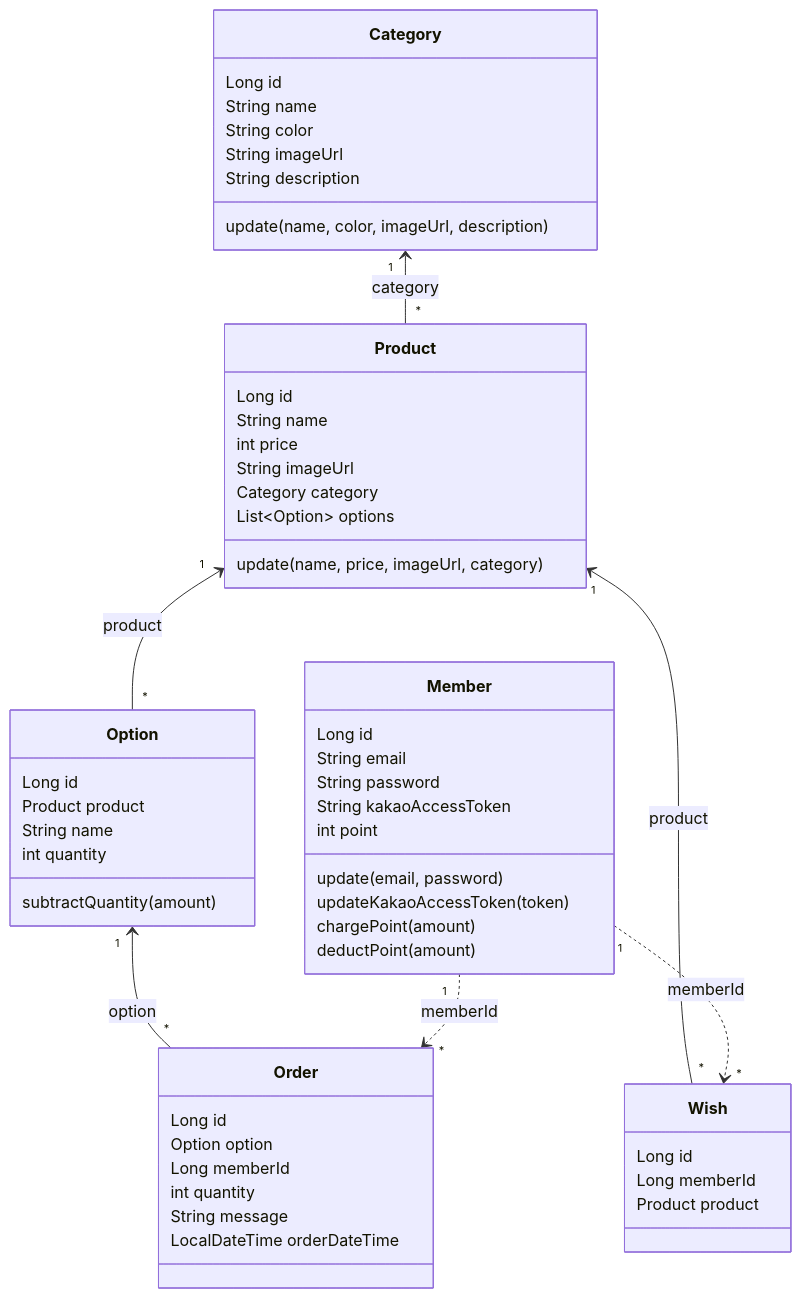
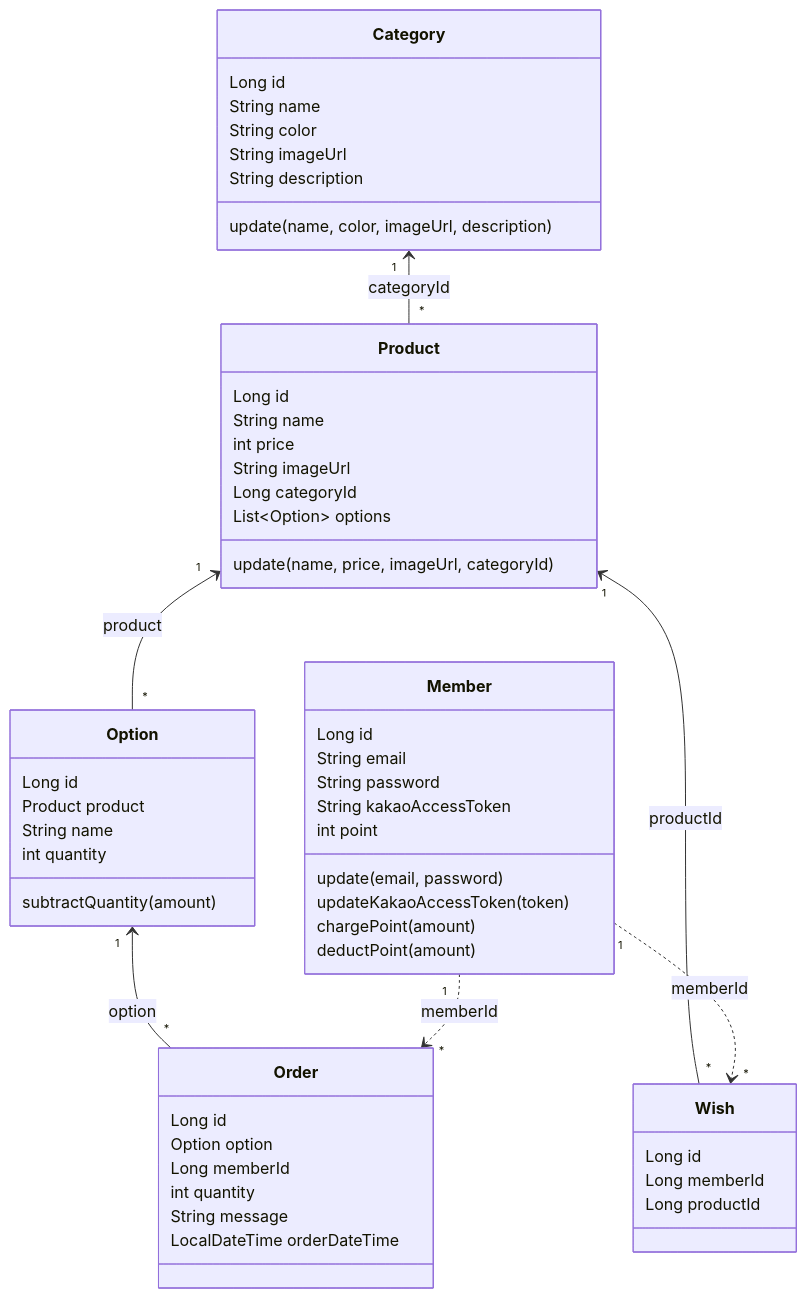
Before and after one commit to tongnamuu/spring-gift: the first of 2 diagrams in docs/object-modeling-current-state.md, drawn with Mermaid. The commit also changed other lines of this file and 25 other files, not shown here.

````diff
--- a/docs/object-modeling-current-state.md
+++ b/docs/object-modeling-current-state.md
@@ -32,63 +32,63 @@
 ```mermaid
 classDiagram
     class Category {
         Long id
         String name
         String color
         String imageUrl
         String description
         update(name, color, imageUrl, description)
     }
 
     class Product {
         Long id
         String name
         int price
         String imageUrl
-        Category category
+        Long categoryId
         List~Option~ options
-        update(name, price, imageUrl, category)
+        update(name, price, imageUrl, categoryId)
     }
 
     class Option {
         Long id
         Product product
         String name
         int quantity
         subtractQuantity(amount)
     }
 
     class Member {
         Long id
         String email
         String password
         String kakaoAccessToken
         int point
         update(email, password)
         updateKakaoAccessToken(token)
         chargePoint(amount)
         deductPoint(amount)
     }
 
     class Wish {
         Long id
         Long memberId
-        Product product
+        Long productId
     }
 
     class Order {
         Long id
         Option option
         Long memberId
         int quantity
         String message
         LocalDateTime orderDateTime
     }
 
-    Category "1" <-- "*" Product : category
+    Category "1" <-- "*" Product : categoryId
     Product "1" <-- "*" Option : product
-    Product "1" <-- "*" Wish : product
+    Product "1" <-- "*" Wish : productId
     Option "1" <-- "*" Order : option
     Member "1" ..> "*" Wish : memberId
     Member "1" ..> "*" Order : memberId
 ```
````
